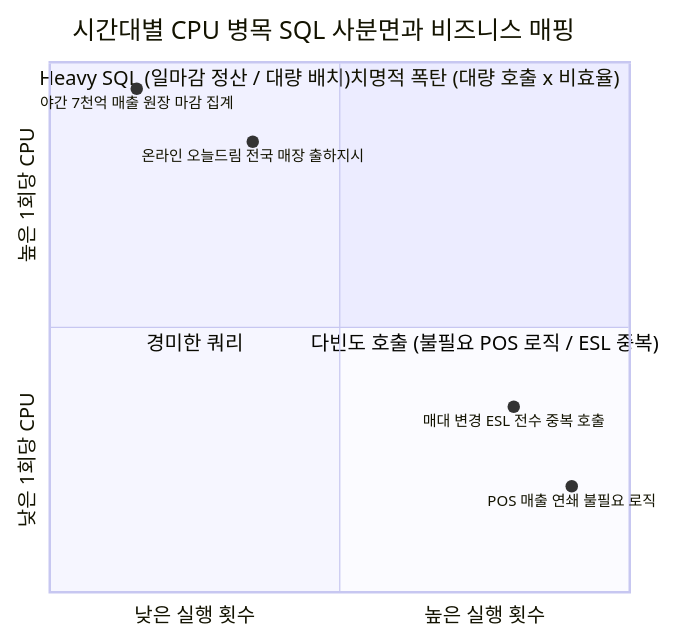
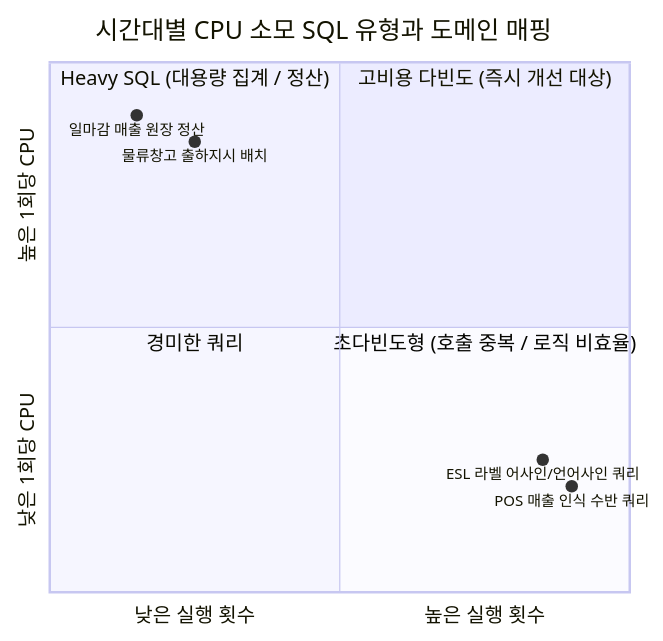
Before and after one commit to djpibo/djpibo.github.io: the fifth of 5 diagrams in docs/case/2026-1Q/oy-sale-stat-hourly-cpu-sql.md, drawn with Mermaid. The commit also changed other lines of this file and 4 other files, not shown here.

Commit message:
docs: 올영세일 회고 1편 도메인 중심 서술 정제 및 Mermaid 렌더링 지원 추가

````diff
--- a/docs/case/2026-1Q/oy-sale-stat-hourly-cpu-sql.md
+++ b/docs/case/2026-1Q/oy-sale-stat-hourly-cpu-sql.md
@@ -266,14 +248,14 @@
 ```mermaid
 quadrantChart
-    title 시간대별 CPU 병목 SQL 사분면과 비즈니스 매핑
+    title 시간대별 CPU 소모 SQL 유형과 도메인 매핑
     x-axis "낮은 실행 횟수" --> "높은 실행 횟수"
     y-axis "낮은 1회당 CPU" --> "높은 1회당 CPU"
-    quadrant-1 "치명적 폭탄 (대량 호출 x 비효율)"
-    quadrant-2 "Heavy SQL (일마감 정산 / 대량 배치)"
+    quadrant-1 "고비용 다빈도 (즉시 개선 대상)"
+    quadrant-2 "Heavy SQL (대용량 집계 / 정산)"
     quadrant-3 "경미한 쿼리"
-    quadrant-4 "다빈도 호출 (불필요 POS 로직 / ESL 중복)"
-    "POS 매출 연쇄 불필요 로직": [0.90, 0.20]
-    "매대 변경 ESL 전수 중복 호출": [0.80, 0.35]
-    "온라인 오늘드림 전국 매장 출하지시": [0.35, 0.85]
-    "야간 7천억 매출 원장 마감 집계": [0.15, 0.95]
+    quadrant-4 "초다빈도형 (호출 중복 / 로직 비효율)"
+    "POS 매출 인식 수반 쿼리": [0.90, 0.20]
+    "ESL 라벨 어사인/언어사인 쿼리": [0.85, 0.25]
+    "물류창고 출하지시 배치": [0.25, 0.85]
+    "일마감 매출 원장 정산": [0.15, 0.90]
 ```
````
